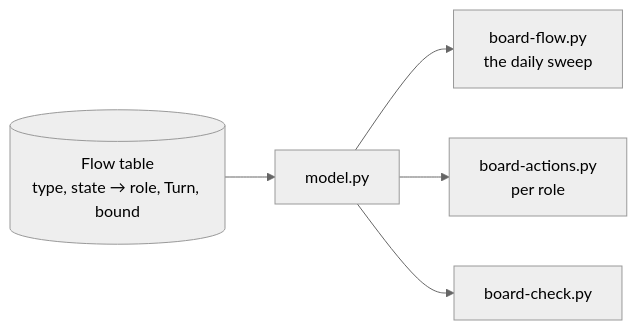
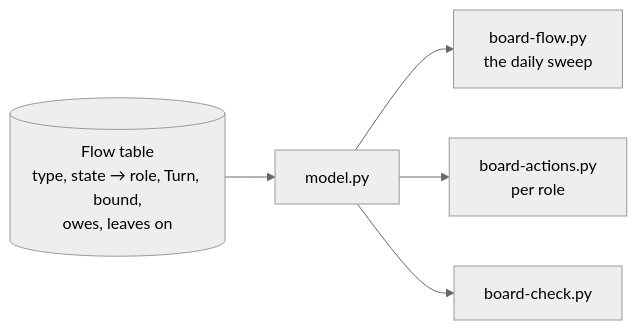
Before and after one commit to delphside/programme: the first of 2 diagrams in records/2.5-changes/process-definition/176-project-board-flow/implementation.md, drawn with Mermaid (neutral theme). The commit also changed other lines of this file and 2 other files, not shown here.

First line of the commit message:
Board flow: document review round 4 fixes

````diff
--- a/records/2.5-changes/process-definition/176-project-board-flow/implementation.md
+++ b/records/2.5-changes/process-definition/176-project-board-flow/implementation.md
@@ -30,7 +30,7 @@
 ```mermaid
 flowchart LR
-    table[(Flow table<br/>type, state → role, Turn, bound)] --> model[model.py]
+    table[(Flow table<br/>type, state → role, Turn, bound,<br/>owes, leaves on)] --> model[model.py]
     model --> sweep[board-flow.py<br/>the daily sweep]
     model --> lists[board-actions.py<br/>per role]
     model --> check[board-check.py]
 ```
````
